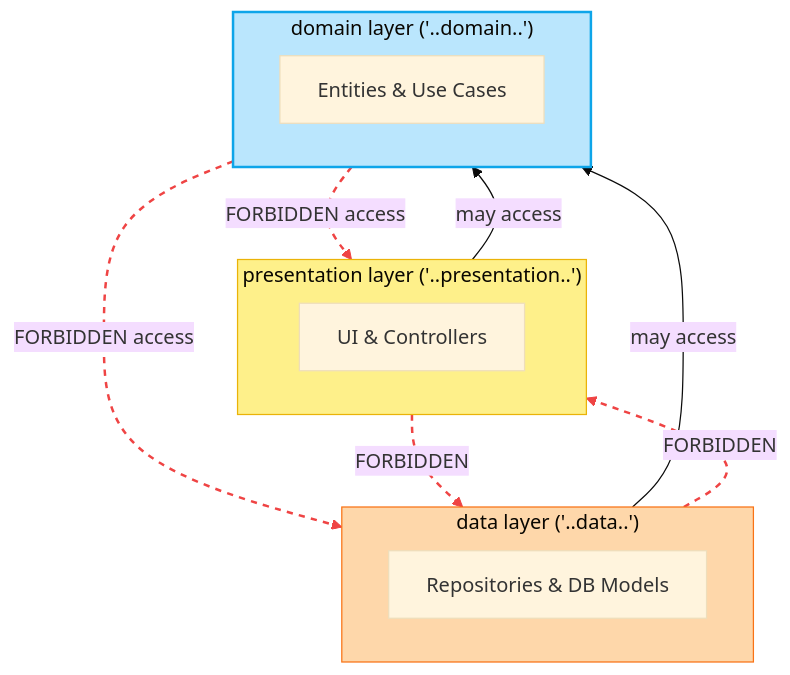
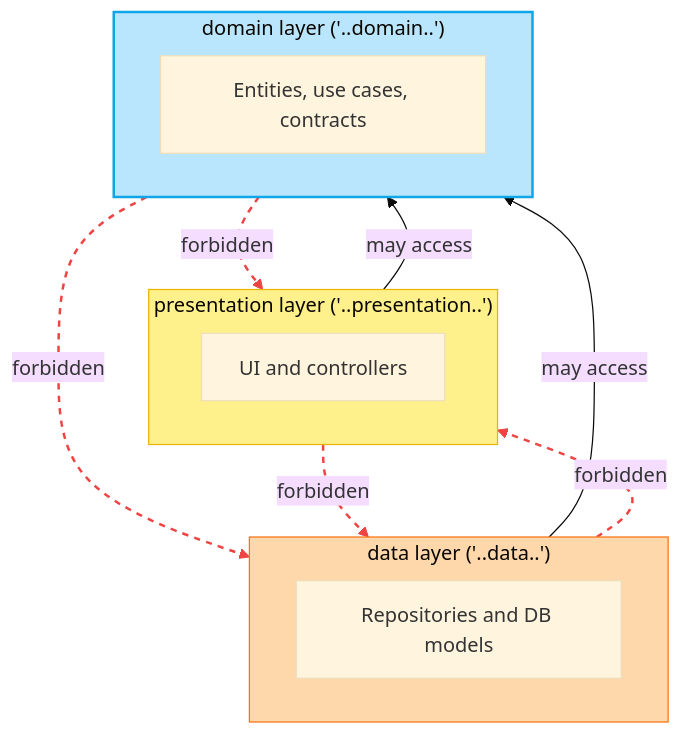
The second of 2 diagrams in docs/articles/kotlin-architecture-tests-with-konture.md (baole/konture), drawn with Mermaid (base theme) before and after one commit. The commit also changed other lines of this file and 2 other files, not shown here.

````diff
--- a/docs/articles/kotlin-architecture-tests-with-konture.md
+++ b/docs/articles/kotlin-architecture-tests-with-konture.md
@@ -349,28 +324,26 @@
 ```mermaid
 flowchart TD
     subgraph Presentation ["presentation layer ('..presentation..')"]
-        PresCls["UI & Controllers"]
+        PresCls["UI and controllers"]
     end
 
     subgraph Data ["data layer ('..data..')"]
-        DataCls["Repositories & DB Models"]
+        DataCls["Repositories and DB models"]
     end
 
     subgraph Domain ["domain layer ('..domain..')"]
-        DomCls["Entities & Use Cases"]
+        DomCls["Entities, use cases, contracts"]
     end
 
     Presentation -->|may access| Domain
     Data -->|may access| Domain
-    
-    Domain -.->|FORBIDDEN access| Presentation
-    Domain -.->|FORBIDDEN access| Data
-    Presentation -.->|FORBIDDEN| Data
-    Data -.->|FORBIDDEN| Presentation
+    Domain -.->|forbidden| Presentation
+    Domain -.->|forbidden| Data
+    Presentation -.->|forbidden| Data
+    Data -.->|forbidden| Presentation
 
     style Presentation fill:#fef08a,stroke:#eab308,stroke-width:1px
     style Data fill:#fed7aa,stroke:#f97316,stroke-width:1px
     style Domain fill:#bae6fd,stroke:#0ea5e9,stroke-width:2px
-    
     linkStyle 2,3,4,5 stroke:#ef4444,stroke-width:2px,stroke-dasharray: 5 5;
 ```
````
